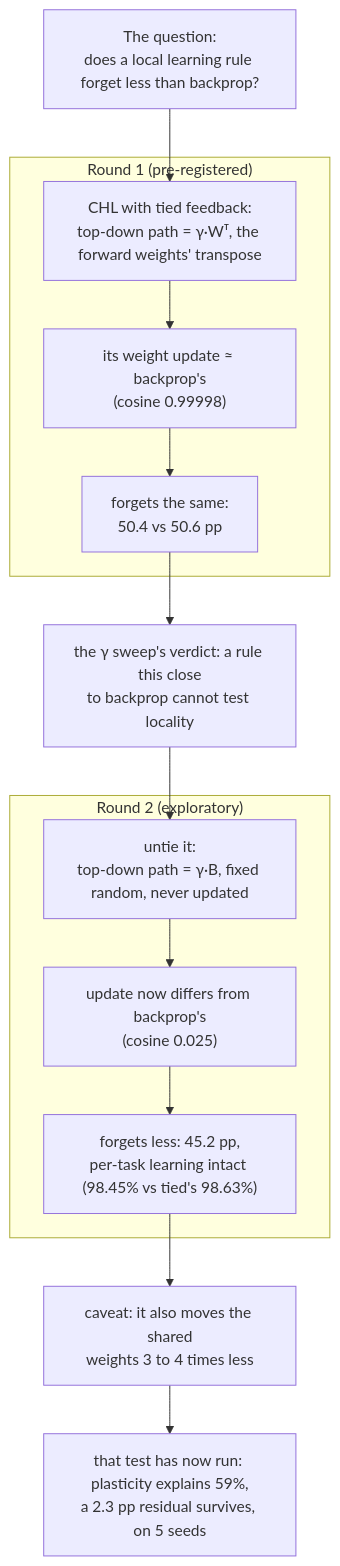
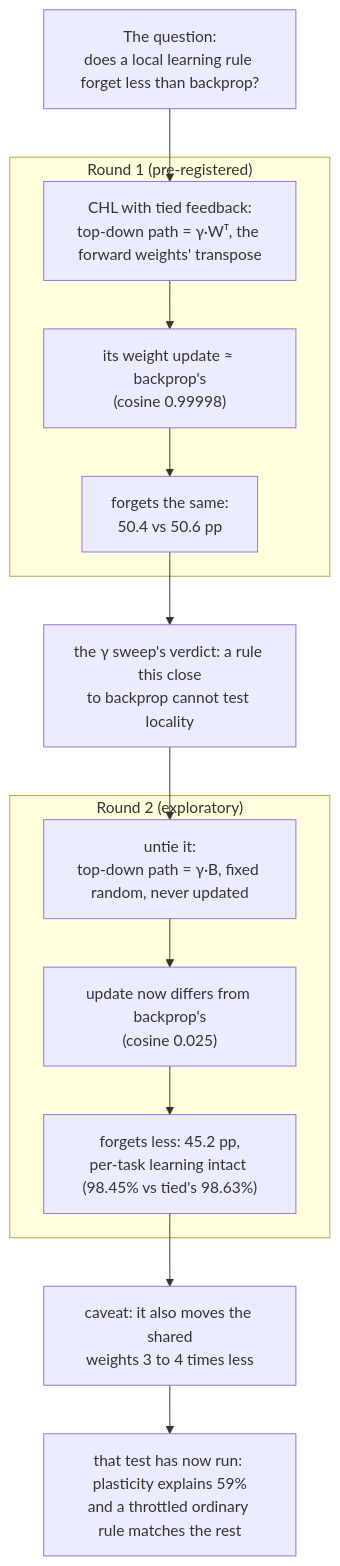
Before and after one commit to madara88645/does-locality-help: the diagram in README.md, drawn with Mermaid. The commit also changed other lines of this file and 1 other file, not shown here.

````diff
--- a/README.md
+++ b/README.md
@@ -21,19 +22,19 @@
 ```mermaid
 flowchart TD
     Q["The question:<br/>does a local learning rule forget less than backprop?"]
     Q --> A
     subgraph R1 ["Round 1 (pre-registered)"]
         A["CHL with tied feedback:<br/>top-down path = γ·Wᵀ, the forward weights' transpose"]
         A --> B["its weight update ≈ backprop's<br/>(cosine 0.99998)"]
         B --> C["forgets the same:<br/>50.4 vs 50.6 pp"]
     end
     C --> D["the γ sweep's verdict: a rule this close<br/>to backprop cannot test locality"]
     D --> E
     subgraph R2 ["Round 2 (exploratory)"]
         E["untie it:<br/>top-down path = γ·B, fixed random, never updated"]
         E --> F["update now differs from backprop's<br/>(cosine 0.025)"]
         F --> G["forgets less: 45.2 pp,<br/>per-task learning intact (98.45% vs tied's 98.63%)"]
     end
     G --> H["caveat: it also moves the shared<br/>weights 3 to 4 times less"]
-    H --> V["that test has now run: plasticity explains 59%,<br/>a 2.3 pp residual survives, on 5 seeds"]
+    H --> V["that test has now run: plasticity explains 59%<br/>and a throttled ordinary rule matches the rest"]
 ```
````
